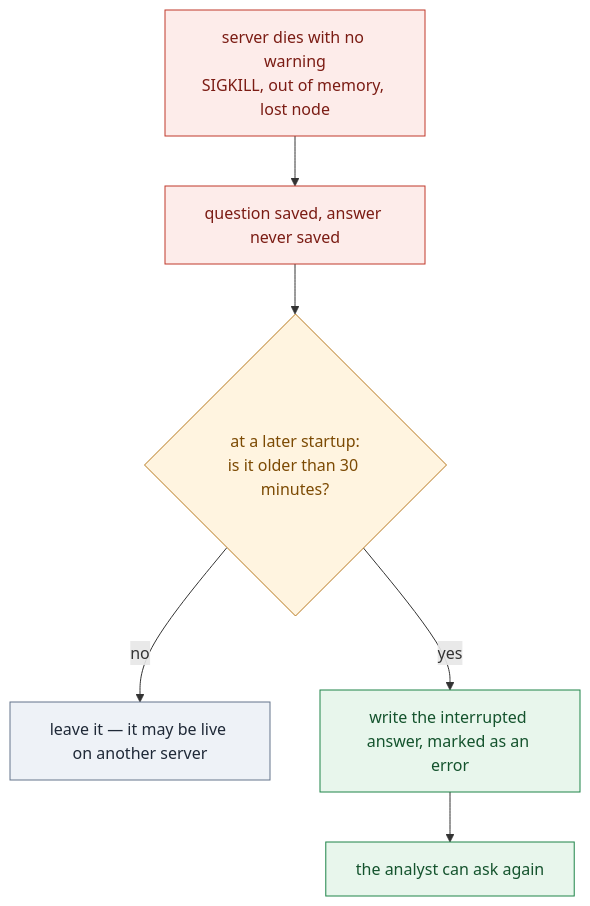
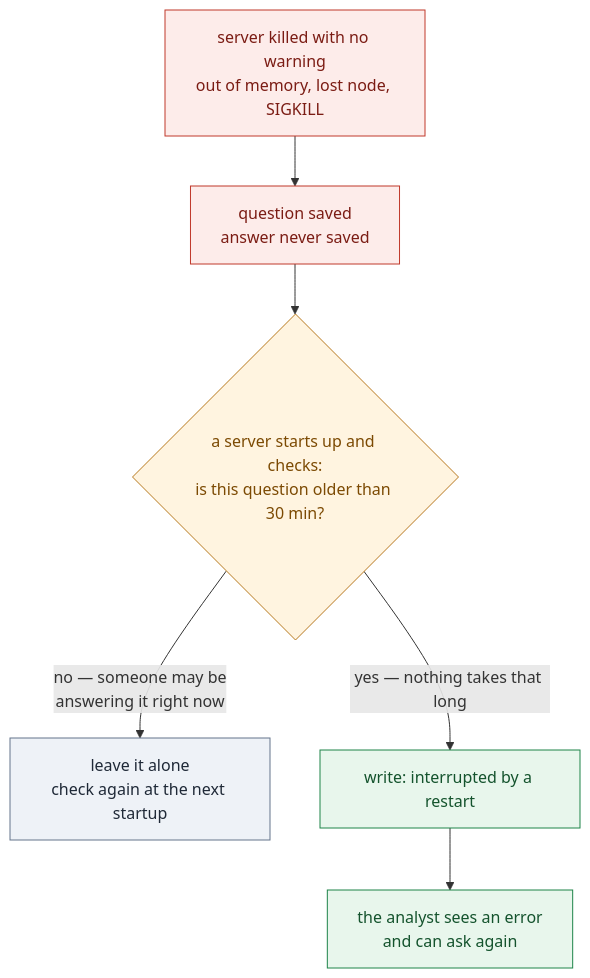
Before and after one commit to selvakumarperumal/Corporate_Filing_Analyzer_Agent: the fifth of 15 diagrams in docs/TESTING-SCALING.md, drawn with Mermaid. The commit also changed other lines of this file, not shown here.

````diff
--- a/docs/TESTING-SCALING.md
+++ b/docs/TESTING-SCALING.md
@@ -681,17 +705,16 @@
 ```mermaid
 flowchart TB
-  K["server dies with no warning<br/>SIGKILL, out of memory, lost node"] --> L["question saved, answer never saved"]
-  L --> S{"at a later startup:<br/>is it older than 30 minutes?"}
-  S -->|"no"| SKIP["leave it — it may be live on another server"]
-  S -->|"yes"| W["write the interrupted answer, marked as an error"]
-  W --> R["the analyst can ask again"]
+  K["server killed with no warning<br/>out of memory, lost node, SIGKILL"] --> L["question saved<br/>answer never saved"]
+  L --> S{"a server starts up and checks:<br/>is this question older than 30 min?"}
+  S -->|"no — someone may be<br/>answering it right now"| SKIP["leave it alone<br/>check again at the next startup"]
+  S -->|"yes — nothing takes that long"| W["write: interrupted by a restart"]
+  W --> R["the analyst sees an error<br/>and can ask again"]
   classDef step fill:#eef2f7,stroke:#64748b,color:#1f2937
   classDef bad fill:#fdecea,stroke:#c0392b,color:#7b1c14
   classDef good fill:#e8f6ec,stroke:#1e8449,color:#14532d
   classDef warn fill:#fff4e0,stroke:#b7791f,color:#7c4a03
-  classDef fix fill:#eef2ff,stroke:#4f46e5,color:#312e81
   class K,L bad
   class S warn
   class SKIP step
   class W,R good
 ```
````
